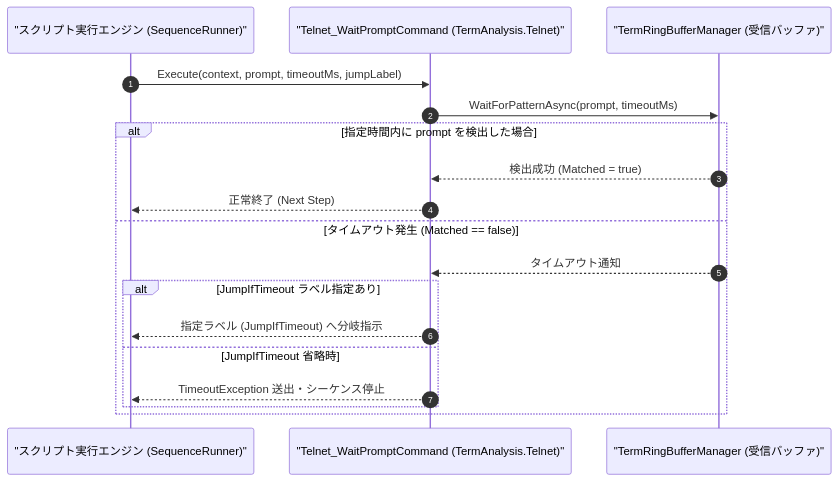
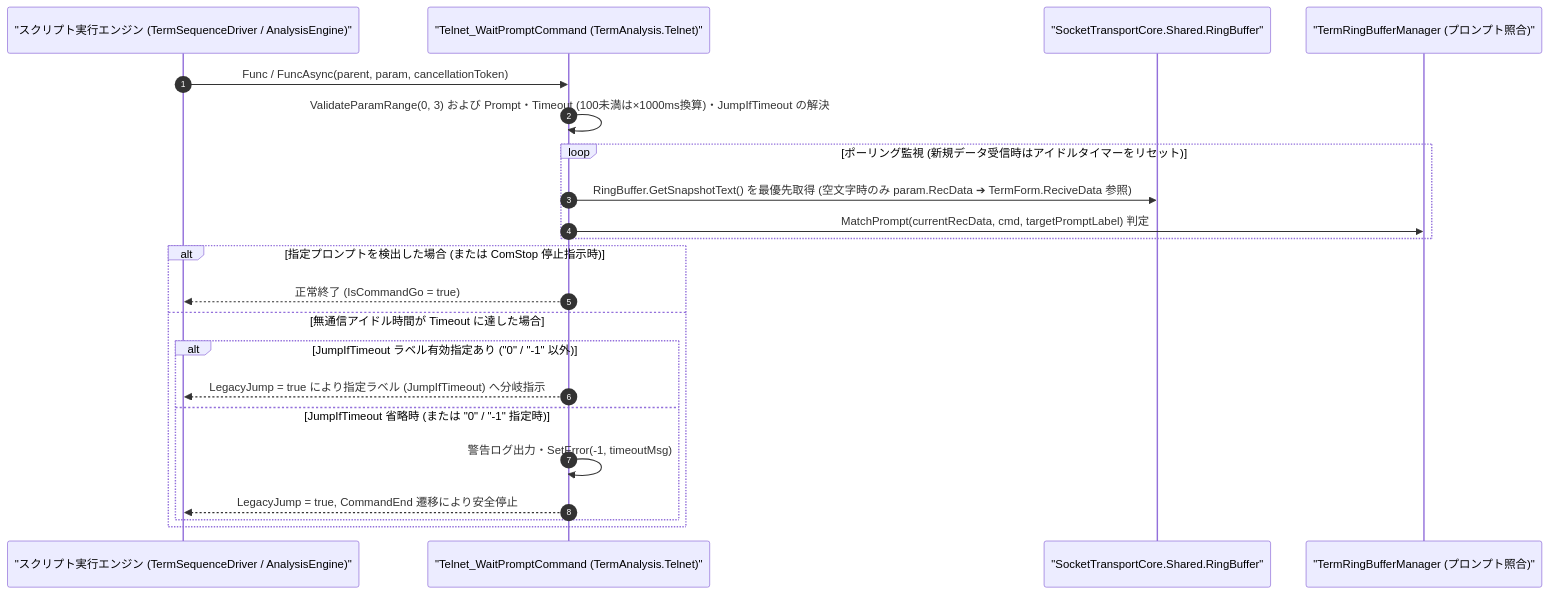
One commit to Monaca-App/TermAddIn changed the diagram in Manual/Telnet/Telnet_WaitPrompt.Md. Above: the diagram before and after it, drawn with Mermaid. The commit also changed other lines of this file and 157 other files, not shown here.

````diff
--- a/Manual/Telnet/Telnet_WaitPrompt.Md
+++ b/Manual/Telnet/Telnet_WaitPrompt.Md
@@ -70,21 +73,25 @@
 ```mermaid
 sequenceDiagram
     autonumber
-    participant Script as "スクリプト実行エンジン (SequenceRunner)"
+    participant Script as "スクリプト実行エンジン (TermSequenceDriver / AnalysisEngine)"
     participant Cmd as "Telnet_WaitPromptCommand (TermAnalysis.Telnet)"
-    participant Buf as "TermRingBufferManager (受信バッファ)"
+    participant Sock as "SocketTransportCore.Shared.RingBuffer"
+    participant Buf as "TermRingBufferManager (プロンプト照合)"
 
-    Script->>Cmd: Execute(context, prompt, timeoutMs, jumpLabel)
-    Cmd->>Buf: WaitForPatternAsync(prompt, timeoutMs)
-    alt 指定時間内に prompt を検出した場合
-        Buf-->>Cmd: 検出成功 (Matched = true)
-        Cmd-->>Script: 正常終了 (Next Step)
-    else タイムアウト発生 (Matched == false)
-        Buf-->>Cmd: タイムアウト通知
-        alt JumpIfTimeout ラベル指定あり
-            Cmd-->>Script: 指定ラベル (JumpIfTimeout) へ分岐指示
-        else JumpIfTimeout 省略時
-            Cmd-->>Script: TimeoutException 送出・シーケンス停止
+    Script->>Cmd: Func / FuncAsync(parent, param, cancellationToken)
+    Cmd->>Cmd: ValidateParamRange(0, 3) および Prompt・Timeout (100未満は×1000ms換算)・JumpIfTimeout の解決
+    loop ポーリング監視 (新規データ受信時はアイドルタイマーをリセット)
+        Cmd->>Sock: RingBuffer.GetSnapshotText() を最優先取得 (空文字時のみ param.RecData ➔ TermForm.ReciveData 参照)
+        Cmd->>Buf: MatchPrompt(currentRecData, cmd, targetPromptLabel) 判定
+    end
+    alt 指定プロンプトを検出した場合 (または ComStop 停止指示時)
+        Cmd-->>Script: 正常終了 (IsCommandGo = true)
+    else 無通信アイドル時間が Timeout に達した場合
+        alt JumpIfTimeout ラベル有効指定あり ("0" / "-1" 以外)
+            Cmd-->>Script: LegacyJump = true により指定ラベル (JumpIfTimeout) へ分岐指示
+        else JumpIfTimeout 省略時 (または "0" / "-1" 指定時)
+            Cmd->>Cmd: 警告ログ出力・SetError(-1, timeoutMsg)
+            Cmd-->>Script: LegacyJump = true, CommandEnd 遷移により安全停止
         end
     end
 ```
````
